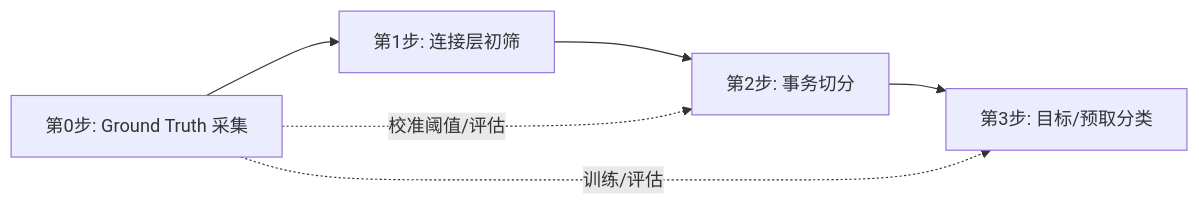
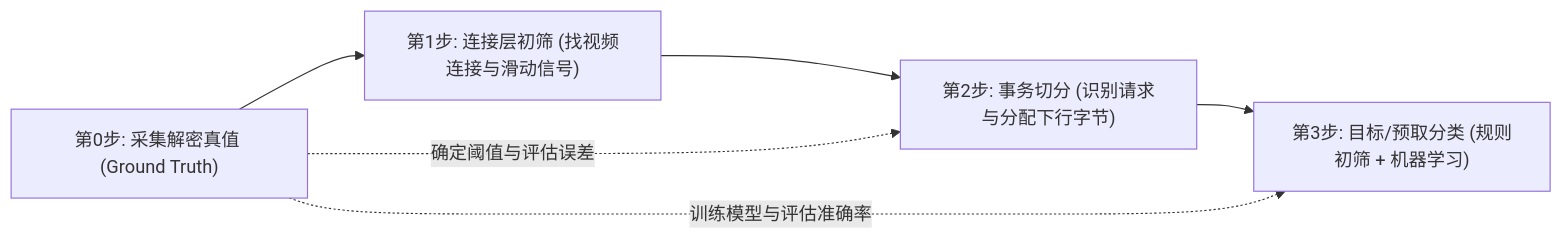
One commit to submitting057/quic_video_analysis changed the second of 2 diagrams in 20261118/01-QUIC多流复用下目标视频与预取视频分离方案.md. Above: the diagram before and after it, drawn with Mermaid. The commit also changed other lines of this file and 1 other file, not shown here.

````diff
--- a/20261118/01-QUIC多流复用下目标视频与预取视频分离方案.md
+++ b/20261118/01-QUIC多流复用下目标视频与预取视频分离方案.md
@@ -29,8 +135,8 @@
 ```mermaid
 flowchart LR
-    GT["第0步: Ground Truth 采集"] --> L0["第1步: 连接层初筛"]
-    L0 --> L1["第2步: 事务切分"]
-    L1 --> L2["第3步: 目标/预取分类"]
-    GT -.校准阈值/评估.-> L1
-    GT -.训练/评估.-> L2
+    GT["第0步: 采集解密真值 (Ground Truth)"] --> L0["第1步: 连接层初筛 (找视频连接与滑动信号)"]
+    L0 --> L1["第2步: 事务切分 (识别请求与分配下行字节)"]
+    L1 --> L2["第3步: 目标/预取分类 (规则初筛 + 机器学习)"]
+    GT -.确定阈值与评估误差.-> L1
+    GT -.训练模型与评估准确率.-> L2
 ```
````
